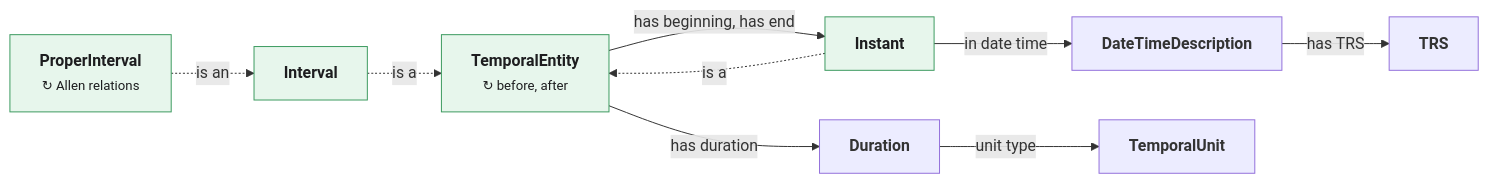
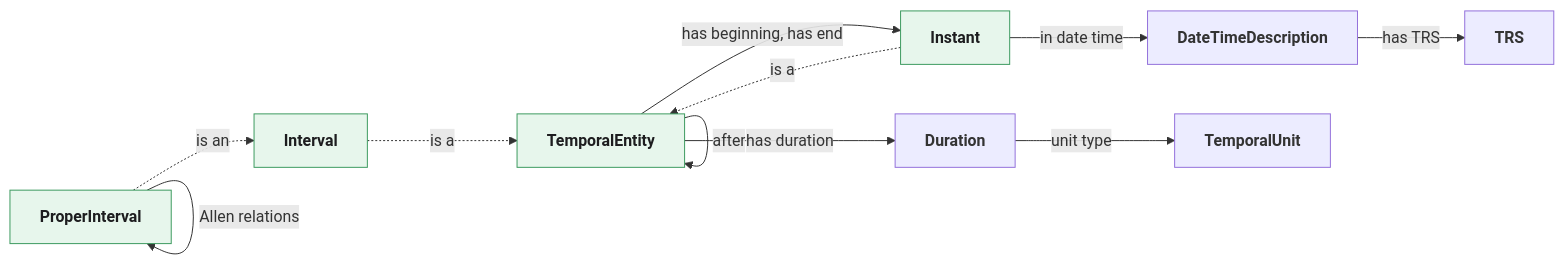
Before and after one commit to ModernRelay/ontologies: the diagram in time/ONTOLOGY.md, drawn with Mermaid. The commit also changed 6 other files, not shown here.

Commit message:
Draw self-relations as loops in the diagrams

````diff
--- a/time/ONTOLOGY.md
+++ b/time/ONTOLOGY.md
@@ -38,20 +38,23 @@
 ```mermaid
 flowchart LR
   classDef time fill:#e7f6ec,stroke:#3c9a5f,color:#1d1d1f
-  TemporalEntity["<b>TemporalEntity</b><br/><small>↻ before, after</small>"]:::time
+  TemporalEntity["<b>TemporalEntity</b>"]:::time
   Instant["<b>Instant</b>"]:::time
   Interval["<b>Interval</b>"]:::time
-  ProperInterval["<b>ProperInterval</b><br/><small>↻ Allen relations</small>"]:::time
+  ProperInterval["<b>ProperInterval</b>"]:::time
   Duration["<b>Duration</b>"]
   DateTimeDescription["<b>DateTimeDescription</b>"]
   TemporalUnit["<b>TemporalUnit</b>"]
   TRS["<b>TRS</b>"]
   Instant -.->|"is a"| TemporalEntity
   Interval -.->|"is a"| TemporalEntity
   ProperInterval -.->|"is an"| Interval
   TemporalEntity -->|"has beginning, has end"| Instant
   TemporalEntity -->|"has duration"| Duration
   Instant -->|"in date time"| DateTimeDescription
   Duration -->|"unit type"| TemporalUnit
   DateTimeDescription -->|"has TRS"| TRS
+  TemporalEntity -->|"before"| TemporalEntity
+  TemporalEntity -->|"after"| TemporalEntity
+  ProperInterval -->|"Allen relations"| ProperInterval
 ```
````
